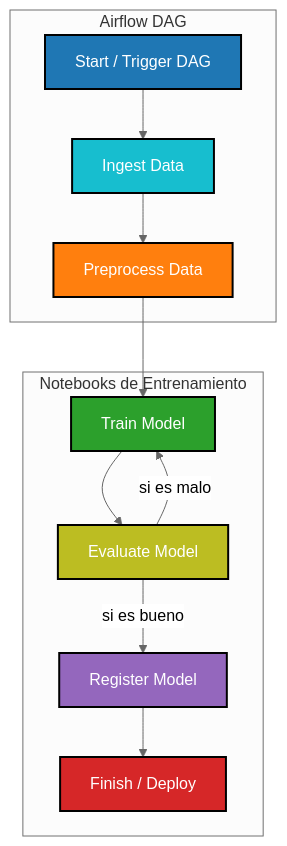
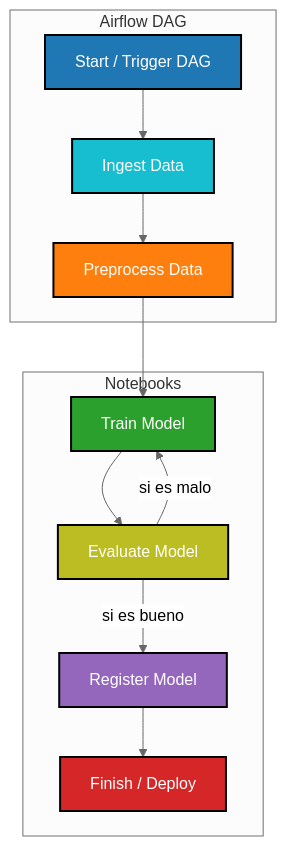
One commit to DanteMendoza/AP_2025_B3_TP2_Mendoza_Dante changed the third of 3 diagrams in README.md. Above: the diagram before and after it, drawn with Mermaid (neutral theme). The commit also changed other lines of this file, not shown here.

````diff
--- a/README.md
+++ b/README.md
@@ -86,28 +62,28 @@
 ```mermaid
 flowchart TD
     %% --- DAG de Airflow ---
     subgraph Airflow_DAG["Airflow DAG"]
         Start["Start / Trigger DAG"] --> Ingest["Ingest Data"]
         Ingest --> Preprocess["Preprocess Data"]
     end
 
     %% --- Proceso en Notebooks ---
-    subgraph Notebooks["Notebooks de Entrenamiento"]
+    subgraph Notebooks["Notebooks"]
         Preprocess --> Train["Train Model"]
         Train --> Evaluate["Evaluate Model"]
 
         Evaluate --> |si es bueno| Register_Model["Register Model"]
         Evaluate --> |si es malo| Train
 
         Register_Model --> End["Finish / Deploy"]
     end
 
     %% Estilos
     style Start fill:#1f77b4,stroke:#000,stroke-width:2px,color:#fff
     style Ingest fill:#17becf,stroke:#000,stroke-width:2px,color:#fff
     style Preprocess fill:#ff7f0e,stroke:#000,stroke-width:2px,color:#fff
     style Train fill:#2ca02c,stroke:#000,stroke-width:2px,color:#fff
     style Evaluate fill:#bcbd22,stroke:#000,stroke-width:2px,color:#fff
     style Register_Model fill:#9467bd,stroke:#000,stroke-width:2px,color:#fff
     style End fill:#d62728,stroke:#000,stroke-width:2px,color:#fff
 ```
````
